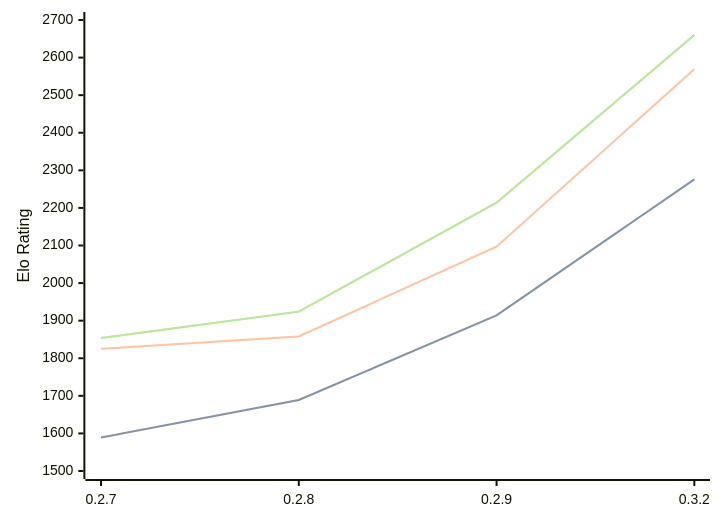
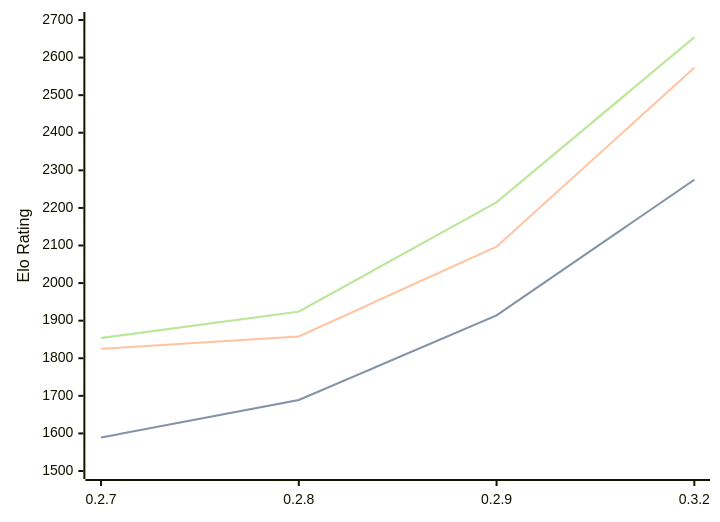
The first of 3 diagrams in engines/Dual.md (computer-chess-index/cci), drawn with Mermaid before and after one commit. The commit also changed other lines of this file, not shown here.

Commit message:
Update CCI Ratings (ELO VLTC) - 2026-07-11

````diff
--- a/engines/Dual.md
+++ b/engines/Dual.md
@@ -44,11 +44,11 @@
 ```mermaid
 %%{init: {"theme":"base","themeVariables":{"seriesColors:['#a3a3a3','#222221','#faa371']}}}%%
 xychart-beta
   x-axis ["0.2.7", "0.2.8", "0.2.9", "0.3.2"]
   y-axis "Elo Rating" 1500 --> 2700
-  line "STC (8.0+0.08s)" [1589, 1689, 1914, 2276]
-  line "STC (8.0+0.08s)" [1589, 1689, 1914, 2276]
-  line "LTC (60.0+0.60s)" [1825, 1858, 2097, 2569]
-  line "VLTC (2m24s+1.12s)" [1854, 1924, 2214, 2660]
-  line "VLTC (2m24s+1.12s)" [1854, 1924, 2214, 2660]
+  line "STC (8.0+0.08s)" [1589, 1689, 1914, 2275]
+  line "STC (8.0+0.08s)" [1589, 1689, 1914, 2275]
+  line "LTC (60.0+0.60s)" [1825, 1858, 2097, 2573]
+  line "VLTC (2m24s+1.12s)" [1854, 1924, 2215, 2654]
+  line "VLTC (2m24s+1.12s)" [1854, 1924, 2215, 2654]
 ```
````
